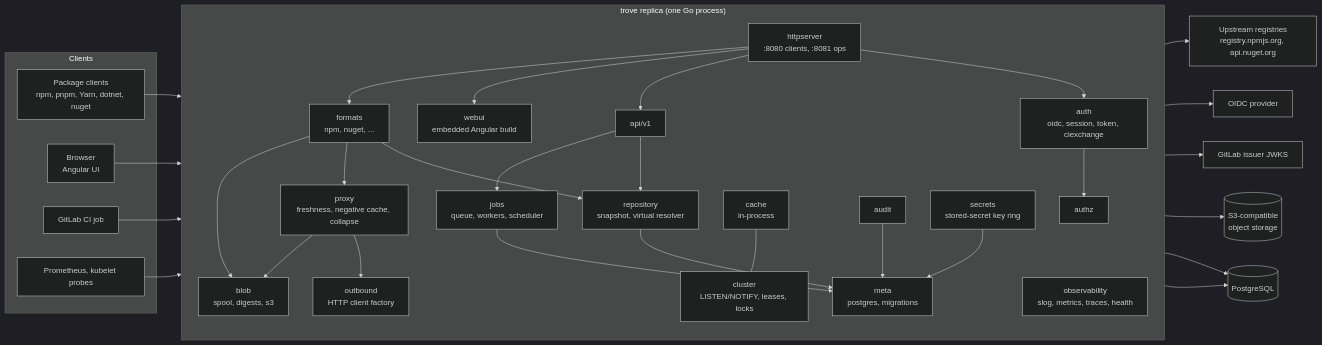
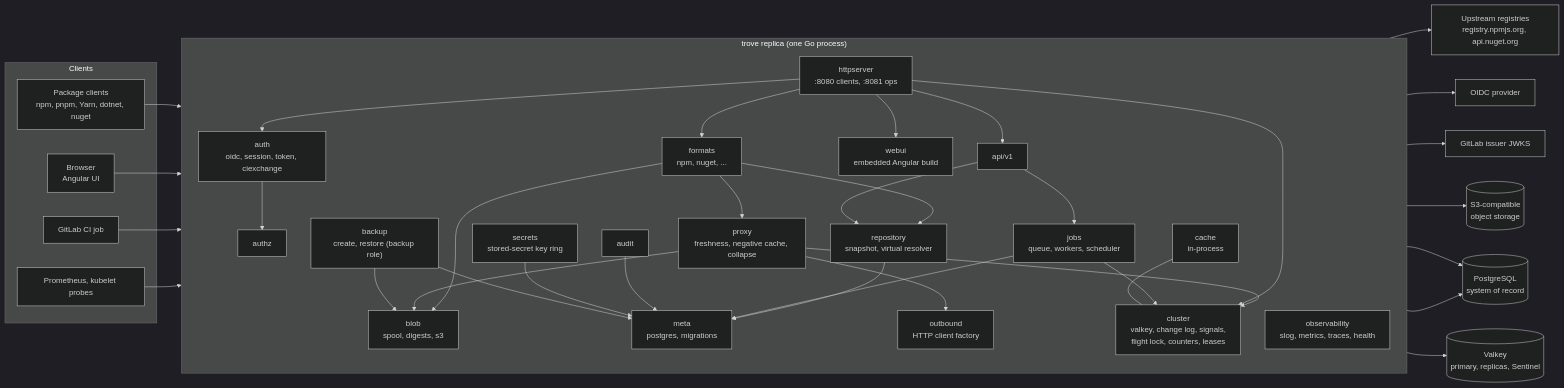
One commit to guided-traffic/trove changed the first of 2 diagrams in docs/spec/architecture.md. Above: the diagram before and after it, drawn with Mermaid (dark theme). The commit also changed other lines of this file and 20 other files, not shown here.

````diff
--- a/docs/spec/architecture.md
+++ b/docs/spec/architecture.md
@@ -121,62 +202,70 @@
 ```mermaid
 flowchart LR
   subgraph Clients
     PM["Package clients<br/>npm, pnpm, Yarn, dotnet, nuget"]
     BR["Browser<br/>Angular UI"]
     CI["GitLab CI job"]
     PR["Prometheus, kubelet probes"]
   end
   subgraph Replica["trove replica (one Go process)"]
     direction TB
     HS["httpserver<br/>:8080 clients, :8081 ops"]
     AN["auth<br/>oidc, session, token, ciexchange"]
     AZ["authz"]
     API["api/v1"]
     UI["webui<br/>embedded Angular build"]
     FM["formats<br/>npm, nuget, ..."]
     RP["repository<br/>snapshot, virtual resolver"]
     PX["proxy<br/>freshness, negative cache, collapse"]
     BL["blob<br/>spool, digests, s3"]
     MT["meta<br/>postgres, migrations"]
-    CL["cluster<br/>LISTEN/NOTIFY, leases, locks"]
+    CL["cluster<br/>valkey, change log, signals,<br/>flight lock, counters, leases"]
     CA["cache<br/>in-process"]
     JB["jobs<br/>queue, workers, scheduler"]
     AU["audit"]
+    BK["backup<br/>create, restore (backup role)"]
     OB["observability<br/>slog, metrics, traces, health"]
     OUT["outbound<br/>HTTP client factory"]
     SE["secrets<br/>stored-secret key ring"]
   end
-  PG[("PostgreSQL")]
+  PG[("PostgreSQL<br/>system of record")]
+  VK[("Valkey<br/>primary, replicas, Sentinel")]
   S3[("S3-compatible<br/>object storage")]
   IDP["OIDC provider"]
   GL["GitLab issuer JWKS"]
   UP["Upstream registries<br/>registry.npmjs.org, api.nuget.org"]
 
   PM --> HS
   BR --> HS
   CI --> HS
   PR --> HS
   HS --> AN
   AN --> AZ
   HS --> API
   HS --> UI
   HS --> FM
   FM --> RP
   FM --> PX
   FM --> BL
   API --> RP
   API --> JB
   RP --> MT
   PX --> OUT
   PX --> BL
   OUT --> UP
   OUT --> IDP
   OUT --> GL
   BL --> S3
   MT --> PG
   CL --> PG
+  CL --> VK
+  PX --> CL
+  HS --> CL
+  JB --> CL
   CA --- CL
   JB --> MT
   AU --> MT
   SE --> MT
+  BK --> MT
+  BK --> BL
 ```
````
